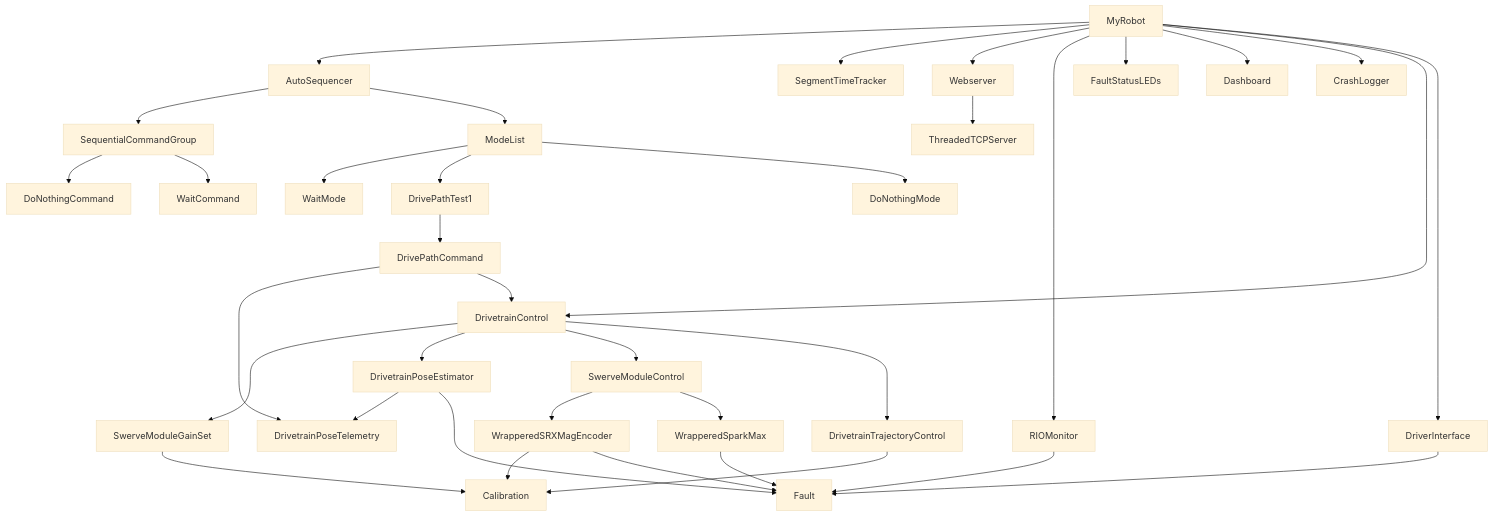
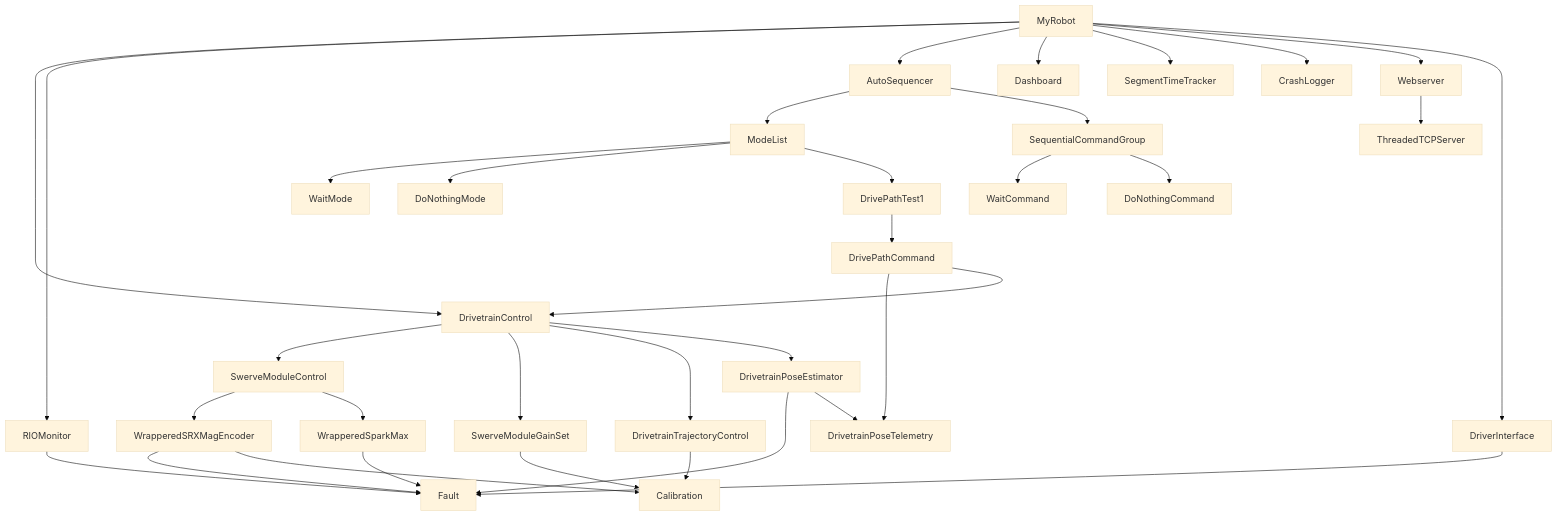
Before and after one commit to RobotCasserole1736/firstRoboPy: the diagram in docs/graph.md, drawn with Mermaid (base theme). The commit also changed 8 other files, not shown here.

````diff
--- a/docs/graph.md
+++ b/docs/graph.md
@@ -3,38 +3,37 @@
 ```mermaid
 flowchart TD
+    SequentialCommandGroup-->WaitCommand
+    DrivetrainControl-->SwerveModuleControl
+    MyRobot-->DrivetrainControl
+    MyRobot-->RIOMonitor
+    SwerveModuleControl-->WrapperedSRXMagEncoder
     SequentialCommandGroup-->DoNothingCommand
+    WrapperedSRXMagEncoder-->Fault
+    DrivetrainControl-->SwerveModuleGainSet
     MyRobot-->AutoSequencer
+    DrivetrainPoseEstimator-->Fault
+    RIOMonitor-->Fault
+    AutoSequencer-->ModeList
+    DriverInterface-->Fault
+    DrivetrainControl-->DrivetrainTrajectoryControl
+    ModeList-->WaitMode
+    SwerveModuleControl-->WrapperedSparkMax
+    WrapperedSparkMax-->Fault
+    WrapperedSRXMagEncoder-->Calibration
+    DrivetrainControl-->DrivetrainPoseEstimator
+    ModeList-->DoNothingMode
+    MyRobot-->Dashboard
+    MyRobot-->SegmentTimeTracker
+    DrivetrainTrajectoryControl-->Calibration
+    ModeList-->DrivePathTest1
+    MyRobot-->CrashLogger
+    DrivetrainPoseEstimator-->DrivetrainPoseTelemetry
     DrivePathTest1-->DrivePathCommand
     SwerveModuleGainSet-->Calibration
-    SequentialCommandGroup-->WaitCommand
-    ModeList-->WaitMode
-    DrivetrainPoseEstimator-->DrivetrainPoseTelemetry
+    DrivePathCommand-->DrivetrainPoseTelemetry
+    DrivePathCommand-->DrivetrainControl
+    MyRobot-->Webserver
     AutoSequencer-->SequentialCommandGroup
-    MyRobot-->SegmentTimeTracker
-    DrivetrainTrajectoryControl-->Calibration
-    MyRobot-->Webserver
-    DrivePathCommand-->DrivetrainPoseTelemetry
-    MyRobot-->RIOMonitor
-    MyRobot-->FaultStatusLEDs
-    DriverInterface-->Fault
-    ModeList-->DrivePathTest1
-    MyRobot-->Dashboard
-    DrivetrainControl-->SwerveModuleGainSet
-    DrivetrainControl-->DrivetrainPoseEstimator
-    WrapperedSparkMax-->Fault
-    ModeList-->DoNothingMode
-    RIOMonitor-->Fault
-    DrivetrainControl-->SwerveModuleControl
     Webserver-->ThreadedTCPServer
-    WrapperedSRXMagEncoder-->Calibration
-    MyRobot-->CrashLogger
-    WrapperedSRXMagEncoder-->Fault
-    MyRobot-->DrivetrainControl
-    SwerveModuleControl-->WrapperedSRXMagEncoder
-    DrivePathCommand-->DrivetrainControl
-    SwerveModuleControl-->WrapperedSparkMax
-    DrivetrainPoseEstimator-->Fault
-    AutoSequencer-->ModeList
-    DrivetrainControl-->DrivetrainTrajectoryControl
     MyRobot-->DriverInterface
 ```
````
